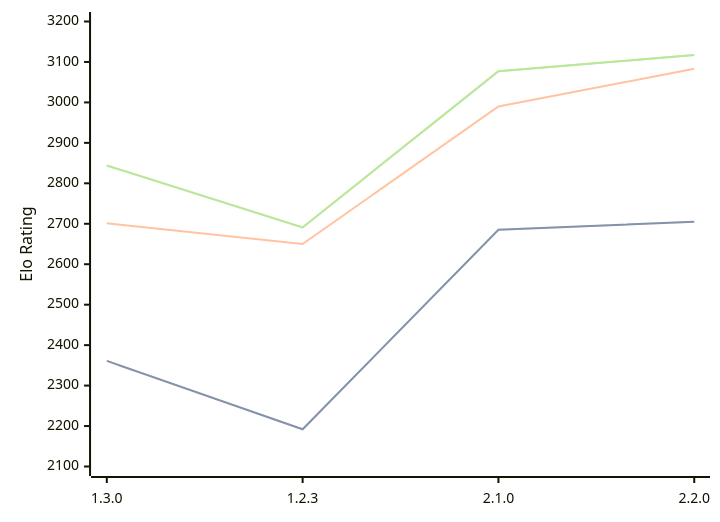
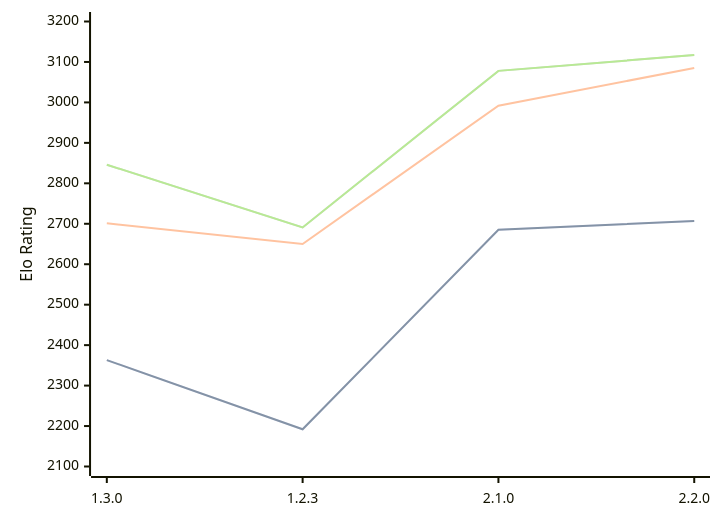
One commit to computer-chess-index/cci changed the diagram in engines/Aspen.md. Above: the diagram before and after it, drawn with Mermaid. The commit also changed other lines of this file, not shown here.

Commit message:
Update CCI Ratings (ELO VLTC) - 2026-09-13

````diff
--- a/engines/Aspen.md
+++ b/engines/Aspen.md
@@ -43,11 +43,11 @@
 ```mermaid
 %%{init: {"theme":"base","themeVariables":{"seriesColors:['#a3a3a3','#222221','#faa371']}}}%%
 xychart-beta
   x-axis ["1.3.0", "1.2.3", "2.1.0", "2.2.0"]
   y-axis "Elo Rating" 2100 --> 3200
-  line "" [2361, 2192, 2685, 2705]
-  line "STC (8.0+0.08s)" [2361, 2192, 2685, 2705]
-  line "LTC (60.0+0.60s)" [2701, 2650, 2990, 3083]
-  line "" [2844, 2691, 3077, 3117]
-  line "VLTC (2m24s+1.12s)" [2844, 2691, 3077, 3117]
+  line "" [2363, 2192, 2685, 2707]
+  line "STC (8.0+0.08s)" [2363, 2192, 2685, 2707]
+  line "LTC (60.0+0.60s)" [2701, 2650, 2992, 3085]
+  line "" [2846, 2691, 3078, 3117]
+  line "VLTC (2m24s+1.12s)" [2846, 2691, 3078, 3117]
 ```
````
